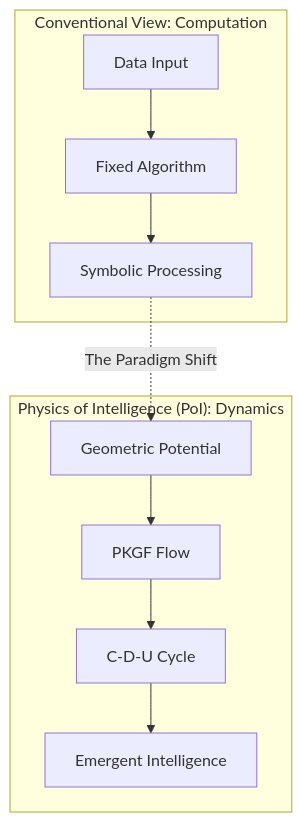
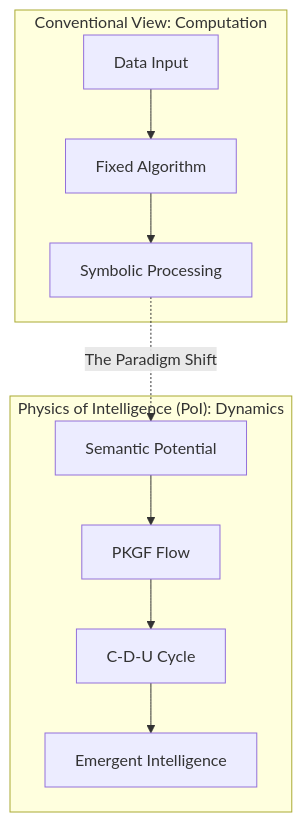
The first of 3 diagrams in Docs/PoI_Chapter1_Axiomatic_Foundation_en.md (aikenkyu001/CDU_structure), drawn with Mermaid before and after one commit. The commit also changed 1 other file, not shown here.

Commit message:
docs: finalize Metabolic Phase axioms and terminological alignment
- Complete the U1-U2 complexification description in Chapter 2.1.3 to include structural orthogonality and stability-creativity balance.
- Consistently apply 'Semantic Potential' terminology across Chapter 1 Mermaid diagrams.
- Ensure no Japanese artifacts or truncated definitions remain in tracked documentation.

````diff
--- a/Docs/PoI_Chapter1_Axiomatic_Foundation_en.md
+++ b/Docs/PoI_Chapter1_Axiomatic_Foundation_en.md
@@ -58,13 +58,13 @@
 ```mermaid
 graph TD
     subgraph "Conventional View: Computation"
         A[Data Input] --> B[Fixed Algorithm]
         B --> C[Symbolic Processing]
     end
     subgraph "Physics of Intelligence (PoI): Dynamics"
-        D[Geometric Potential] --> E[PKGF Flow]
+        D[Semantic Potential] --> E[PKGF Flow]
         E --> F[C-D-U Cycle]
         F --> G[Emergent Intelligence]
     end
     C -.->|The Paradigm Shift| D
 ```
````
